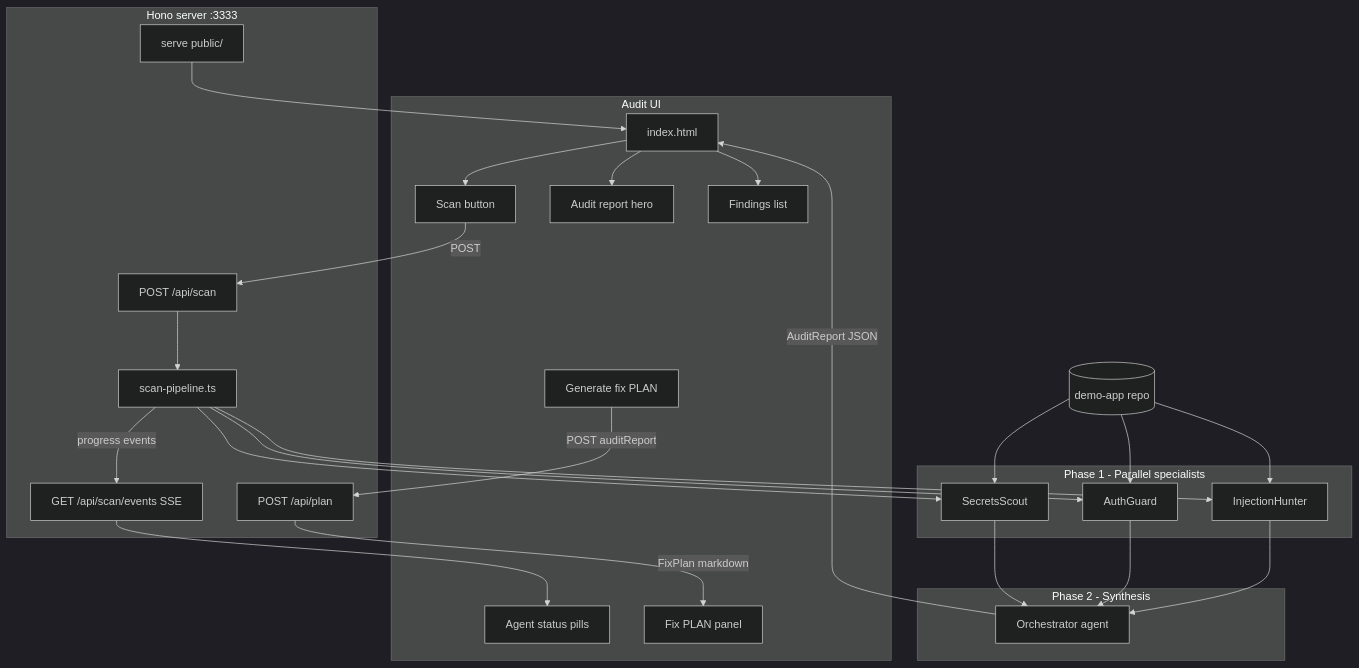
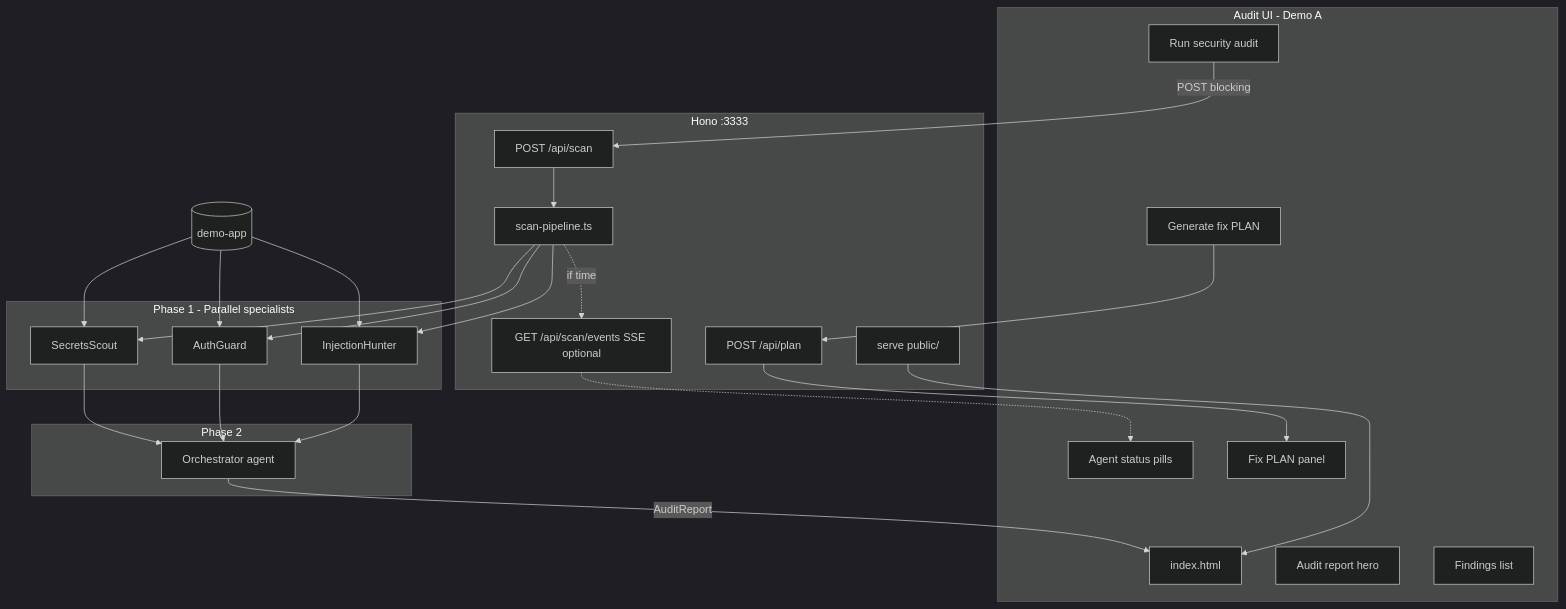
One commit to 0xRezaa/attack-vector-detector changed the diagram in docs/plans/security-multi-agent-demo.md. Above: the diagram before and after it, drawn with Mermaid (dark theme). The commit also changed other lines of this file, not shown here.

Commit message:
feat: evolved plan

````diff
--- a/docs/plans/security-multi-agent-demo.md
+++ b/docs/plans/security-multi-agent-demo.md
@@ -50,53 +99,50 @@
 ```mermaid
 flowchart TB
-  subgraph browser [Audit UI]
+  subgraph browser [Audit UI - Demo A]
     Page[index.html]
-    ScanBtn[Scan button]
+    ScanBtn[Run security audit]
     AgentPills[Agent status pills]
     AuditHero[Audit report hero]
     Findings[Findings list]
     PlanPanel[Fix PLAN panel]
     GenPlan[Generate fix PLAN]
   end
 
-  subgraph server [Hono server :3333]
+  subgraph server [Hono :3333]
     Static[serve public/]
     ScanAPI[POST /api/scan]
     PlanAPI[POST /api/plan]
-    EventsAPI[GET /api/scan/events SSE]
+    EventsAPI[GET /api/scan/events SSE optional]
     ScanPipeline[scan-pipeline.ts]
   end
 
   subgraph phase1 [Phase 1 - Parallel specialists]
     Secrets[SecretsScout]
     Auth[AuthGuard]
     Injection[InjectionHunter]
   end
 
-  subgraph phase2 [Phase 2 - Synthesis]
+  subgraph phase2 [Phase 2]
     OrchAgent[Orchestrator agent]
   end
 
-  DemoApp[(demo-app repo)]
+  DemoApp[(demo-app)]
 
-  Page --> ScanBtn
-  ScanBtn -->|POST| ScanAPI
+  ScanBtn -->|POST blocking| ScanAPI
   ScanAPI --> ScanPipeline
   ScanPipeline --> Secrets
   ScanPipeline --> Auth
   ScanPipeline --> Injection
   DemoApp --> Secrets
   DemoApp --> Auth
   DemoApp --> Injection
-  ScanPipeline -->|progress events| EventsAPI
-  EventsAPI --> AgentPills
   Secrets --> OrchAgent
   Auth --> OrchAgent
   Injection --> OrchAgent
-  OrchAgent -->|AuditReport JSON| Page
-  Page --> AuditHero
-  Page --> Findings
-  GenPlan -->|POST auditReport| PlanAPI
-  PlanAPI -->|FixPlan markdown| PlanPanel
+  OrchAgent -->|AuditReport| Page
+  ScanPipeline -.->|if time| EventsAPI
+  EventsAPI -.-> AgentPills
+  GenPlan --> PlanAPI
+  PlanAPI --> PlanPanel
   Static --> Page
 ```
````
